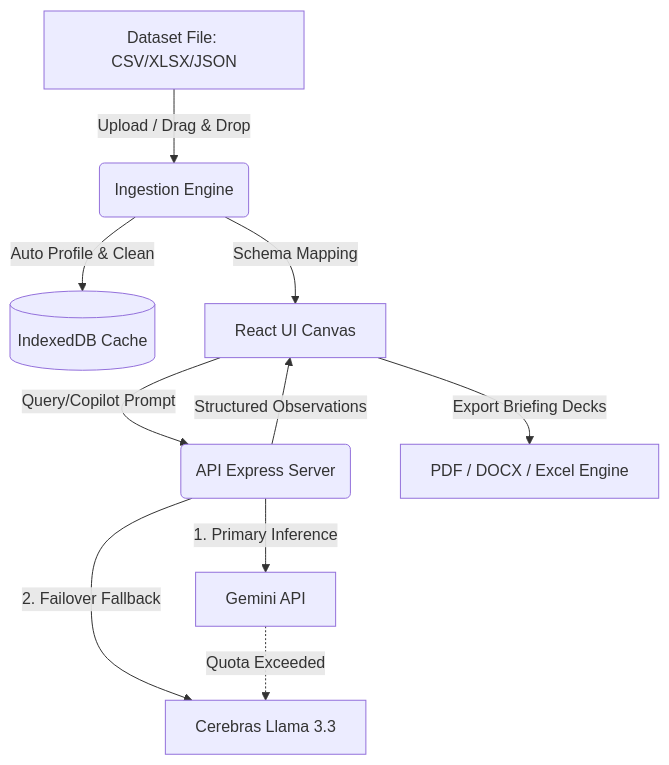
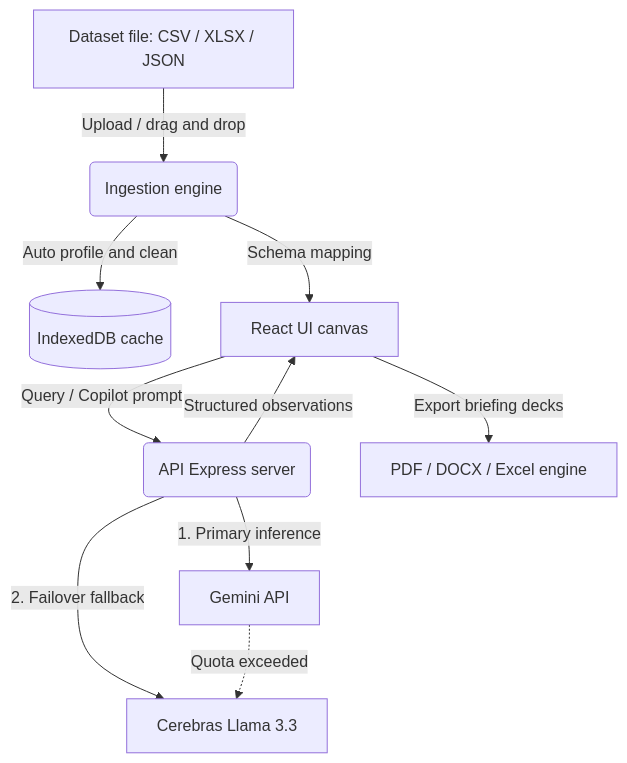
One commit to 26Utkarsh/insightflow changed the diagram in README.md. Above: the diagram before and after it, drawn with Mermaid. The commit also changed other lines of this file, not shown here.

````diff
--- a/README.md
+++ b/README.md
@@ -78,12 +87,12 @@
 ```mermaid
 graph TD
-    A[Dataset File: CSV/XLSX/JSON] -->|Upload / Drag & Drop| B(Ingestion Engine)
-    B -->|Auto Profile & Clean| C[(IndexedDB Cache)]
-    B -->|Schema Mapping| D[React UI Canvas]
-    D -->|Query/Copilot Prompt| E(API Express Server)
-    E -->|1. Primary Inference| F[Gemini API]
-    E -->|2. Failover Fallback| G[Cerebras Llama 3.3]
-    F -.->|Quota Exceeded| G
-    E -->|Structured Observations| D
-    D -->|Export Briefing Decks| H[PDF / DOCX / Excel Engine]
+    A[Dataset file: CSV / XLSX / JSON] -->|Upload / drag and drop| B(Ingestion engine)
+    B -->|Auto profile and clean| C[(IndexedDB cache)]
+    B -->|Schema mapping| D[React UI canvas]
+    D -->|Query / Copilot prompt| E(API Express server)
+    E -->|1. Primary inference| F[Gemini API]
+    E -->|2. Failover fallback| G[Cerebras Llama 3.3]
+    F -.->|Quota exceeded| G
+    E -->|Structured observations| D
+    D -->|Export briefing decks| H[PDF / DOCX / Excel engine]
 ```
````
